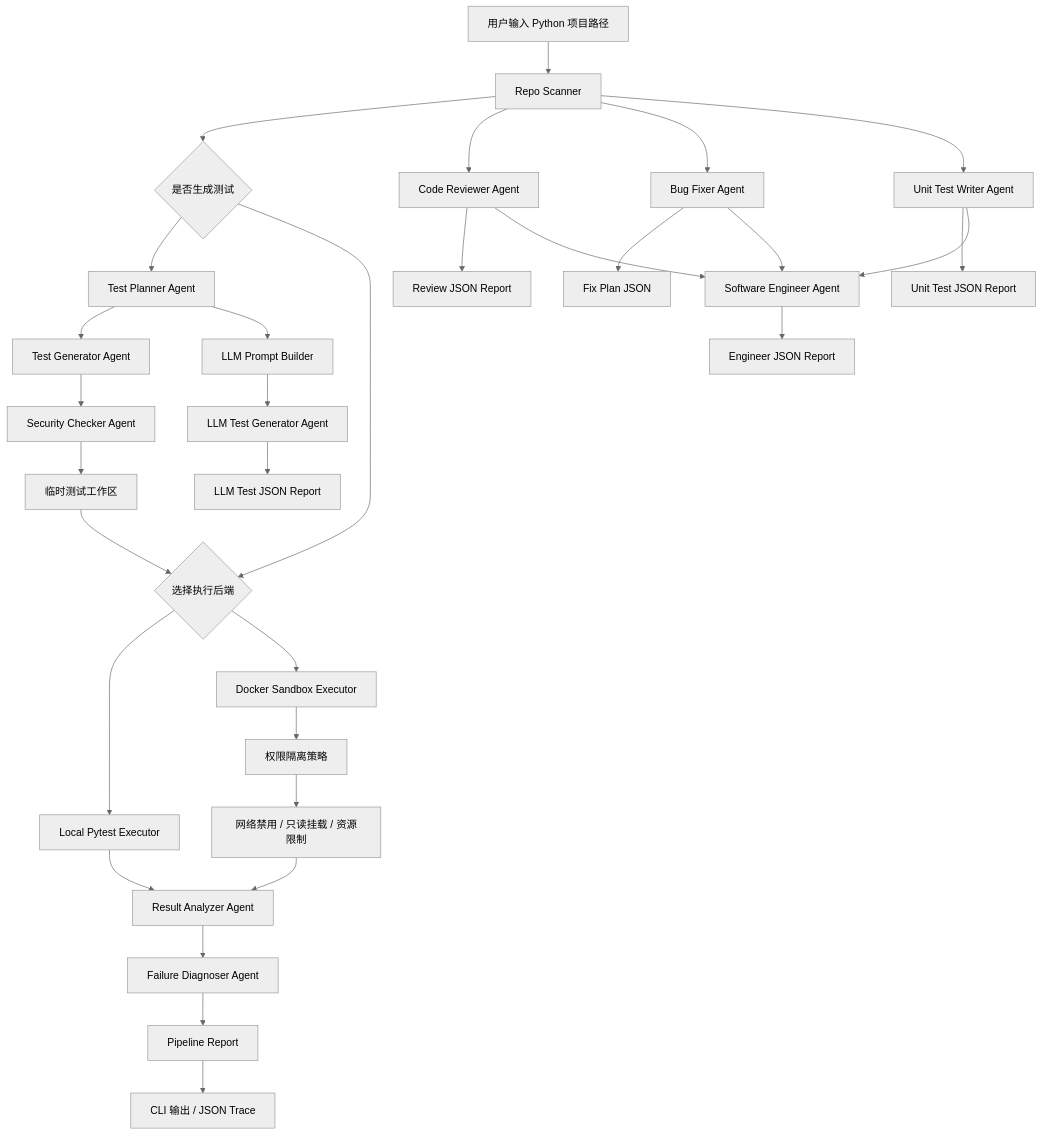
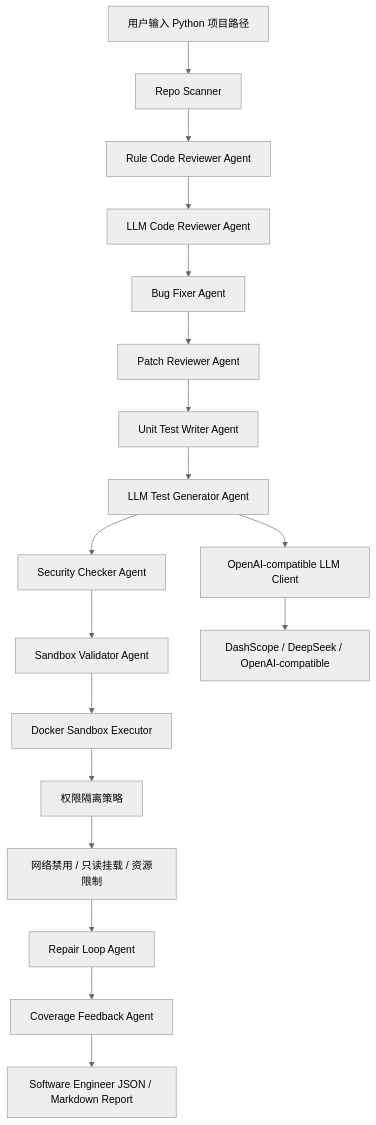
The diagram in docs/CS599_大作业报告.md (Isaacsen/cs599-project), drawn with Mermaid (neutral theme) before and after one commit. The commit also changed other lines of this file and 60 other files, not shown here.

Commit message:
Align project architecture with software engineer agent

````diff
--- a/docs/CS599_大作业报告.md
+++ b/docs/CS599_大作业报告.md
@@ -126,33 +129,20 @@
 ```mermaid
 flowchart TD
     A["用户输入 Python 项目路径"] --> B["Repo Scanner"]
-    B --> C{"是否生成测试"}
-    C --> D["Test Planner Agent"]
-    D --> E["Test Generator Agent"]
-    E --> P["Security Checker Agent"]
-    P --> N["临时测试工作区"]
-    C --> F{"选择执行后端"}
-    N --> F
-    F --> G["Local Pytest Executor"]
-    F --> H["Docker Sandbox Executor"]
-    H --> I["权限隔离策略"]
-    I --> J["网络禁用 / 只读挂载 / 资源限制"]
-    G --> K["Result Analyzer Agent"]
-    J --> K
-    K --> O["Failure Diagnoser Agent"]
-    O --> L["Pipeline Report"]
-    L --> M["CLI 输出 / JSON Trace"]
-    B --> Q["Code Reviewer Agent"]
-    Q --> R["Review JSON Report"]
-    B --> S["Bug Fixer Agent"]
-    S --> T["Fix Plan JSON"]
-    B --> U["Unit Test Writer Agent"]
-    U --> V["Unit Test JSON Report"]
-    Q --> W["Software Engineer Agent"]
-    S --> W
-    U --> W
-    W --> X["Engineer JSON Report"]
-    D --> Y["LLM Prompt Builder"]
-    Y --> Z["LLM Test Generator Agent"]
-    Z --> AA["LLM Test JSON Report"]
+    B --> C["Rule Code Reviewer Agent"]
+    C --> D["LLM Code Reviewer Agent"]
+    D --> E["Bug Fixer Agent"]
+    E --> F["Patch Reviewer Agent"]
+    F --> G["Unit Test Writer Agent"]
+    G --> H["LLM Test Generator Agent"]
+    H --> I["Security Checker Agent"]
+    I --> J["Sandbox Validator Agent"]
+    J --> K["Docker Sandbox Executor"]
+    K --> L["权限隔离策略"]
+    L --> M["网络禁用 / 只读挂载 / 资源限制"]
+    M --> N["Repair Loop Agent"]
+    N --> O["Coverage Feedback Agent"]
+    O --> P["Software Engineer JSON / Markdown Report"]
+    H --> Q["OpenAI-compatible LLM Client"]
+    Q --> R["DashScope / DeepSeek / OpenAI-compatible"]
 ```
````
